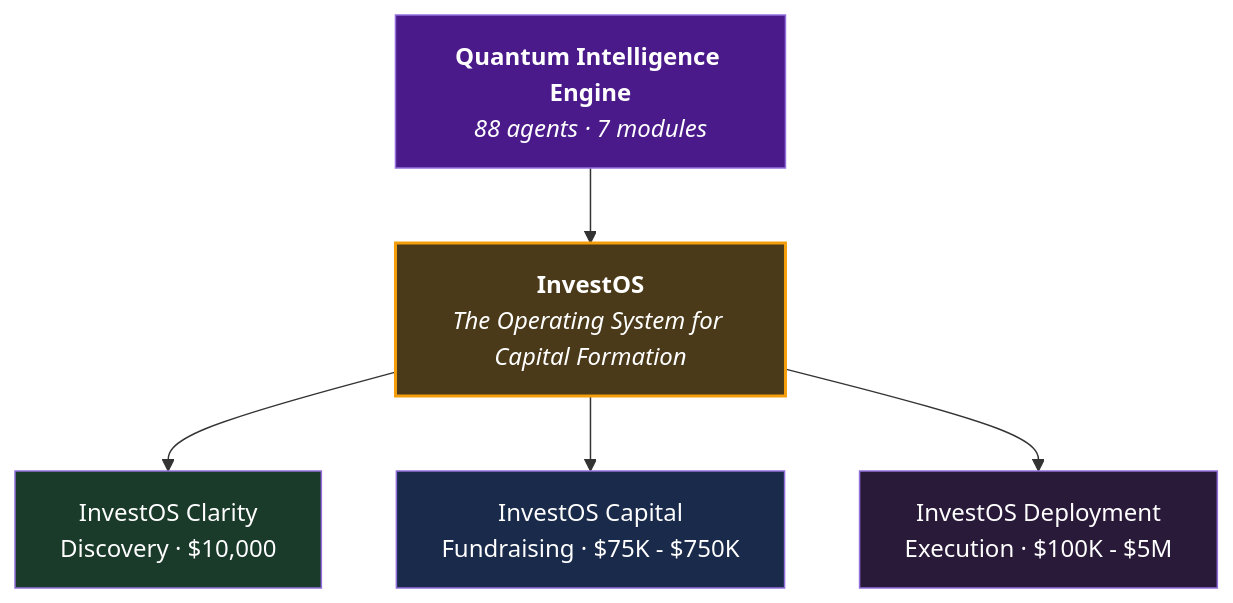
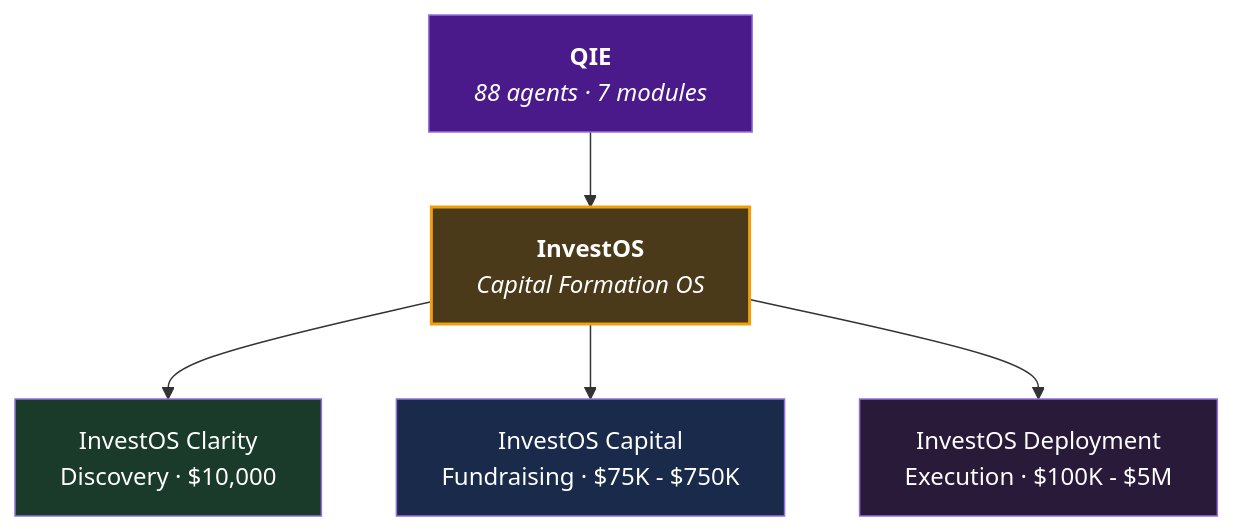
The first of 4 diagrams in InvestOS/README.md (Light-Brands/qie), drawn with Mermaid before and after one commit. The commit also changed other lines of this file and 4 other files, not shown here.

First line of the commit message:
Fix Mermaid diagram label truncation across all docs

````diff
--- a/InvestOS/README.md
+++ b/InvestOS/README.md
@@ -11,14 +11,14 @@
 ```mermaid
 flowchart TD
-    QIE["<b>Quantum Intelligence Engine</b><br/><i>88 agents · 7 modules</i>"]
-    QIE --> INV["<b>InvestOS</b><br/><i>The Operating System for Capital Formation</i>"]
+    QIE["<b>QIE</b><br/><i>88 agents · 7 modules</i>"]
+    QIE --> INV["<b>InvestOS</b><br/><i>Capital Formation OS</i>"]
     INV --> IC["InvestOS Clarity<br/>Discovery · $10,000"]
     INV --> II["InvestOS Capital<br/>Fundraising · $75K - $750K"]
     INV --> ID["InvestOS Deployment<br/>Execution · $100K - $5M"]
 
     style QIE fill:#4a1a8a,color:#fff
     style INV fill:#4a3a1a,color:#fff,stroke:#f59e0b,stroke-width:2px
     style IC fill:#1a3a2a,color:#fff
     style II fill:#1a2a4a,color:#fff
     style ID fill:#2a1a3a,color:#fff
 ```
````
